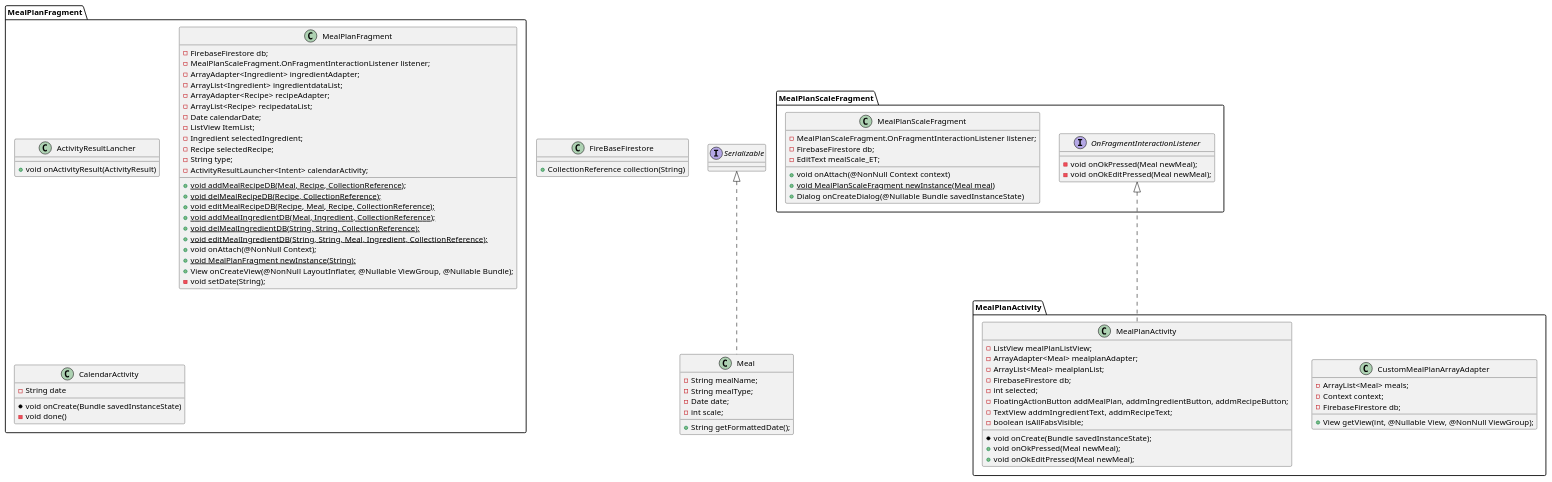
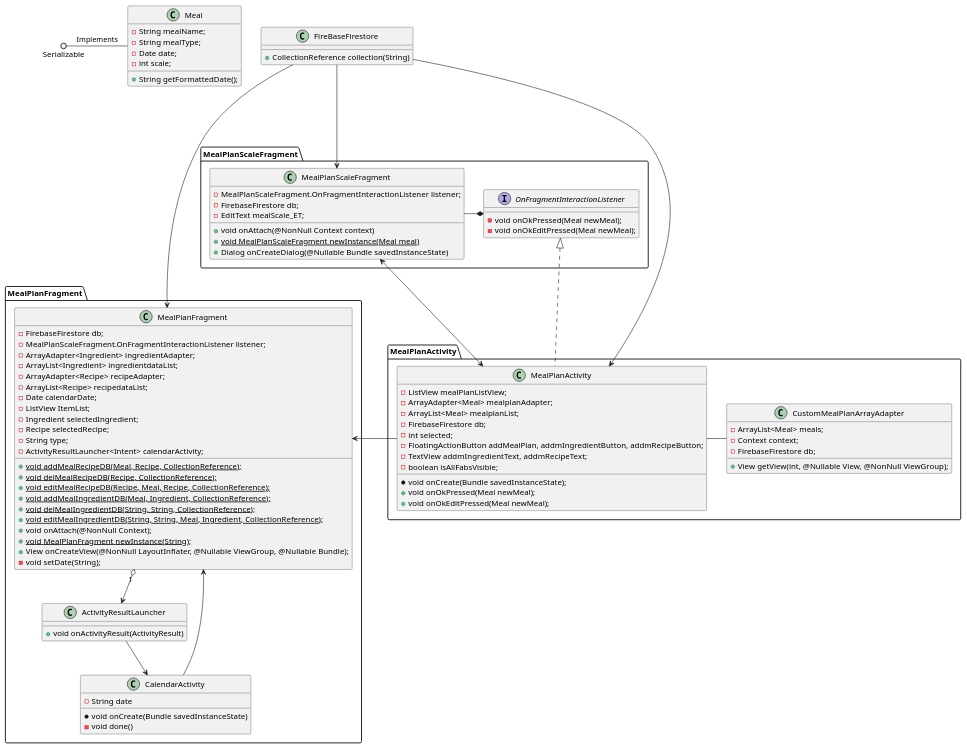
Before and after one commit to CMPUT301F22T31/FoodCart: the diagram in doc/source/MealPlanUML.puml, drawn with PlantUML.

Commit message:
Mealplan UML relations done

```diff
--- a/doc/source/MealPlanUML.puml
+++ b/doc/source/MealPlanUML.puml
@@ -1,101 +1,112 @@
 @startuml
 'https://plantuml.com/class-diagram
 
 class FireBaseFirestore
 {
     +CollectionReference collection(String)
 }
 
-class MealPlanFragment.ActivityResultLancher
+class MealPlanFragment.ActivityResultLauncher
 {
     +void onActivityResult(ActivityResult)
 }
 
 class MealPlanActivity.CustomMealPlanArrayAdapter
 {
     -ArrayList<Meal> meals;
     -Context context;
     -FirebaseFirestore db;
     +View getView(int, @Nullable View, @NonNull ViewGroup);
 }
 
-class Meal implements Serializable
+class Meal
 {
     -String mealName;
     -String mealType;
     -Date date;
     -int scale;
     +String getFormattedDate();
 }
 
 class MealPlanActivity.MealPlanActivity implements MealPlanScaleFragment.OnFragmentInteractionListener
 {
     -ListView mealPlanListView;
     -ArrayAdapter<Meal> mealplanAdapter;
     -ArrayList<Meal> mealplanList;
     -FirebaseFirestore db;
     -int selected;
     -FloatingActionButton addMealPlan, addmIngredientButton, addmRecipeButton;
     -TextView addmIngredientText, addmRecipeText;
     -boolean isAllFabsVisible;
 
     *void onCreate(Bundle savedInstanceState);
     +void onOkPressed(Meal newMeal);
     +void onOkEditPressed(Meal newMeal);
 }
 
 class MealPlanFragment.MealPlanFragment
 {
     -FirebaseFirestore db;
     -MealPlanScaleFragment.OnFragmentInteractionListener listener;
     -ArrayAdapter<Ingredient> ingredientAdapter;
     -ArrayList<Ingredient> ingredientdataList;
     -ArrayAdapter<Recipe> recipeAdapter;
     -ArrayList<Recipe> recipedataList;
     -Date calendarDate;
     -ListView ItemList;
     -Ingredient selectedIngredient;
     -Recipe selectedRecipe;
     -String type;
     -ActivityResultLauncher<Intent> calendarActivity;
 
     +void {static} addMealRecipeDB(Meal, Recipe, CollectionReference);
     +void {static} delMealRecipeDB(Recipe, CollectionReference);
     +void {static} editMealRecipeDB(Recipe, Meal, Recipe, CollectionReference);
     +void {static} addMealIngredientDB(Meal, Ingredient, CollectionReference);
     +void {static} delMealIngredientDB(String, String, CollectionReference);
     +void {static} editMealIngredientDB(String, String, Meal, Ingredient, CollectionReference);
     +void onAttach(@NonNull Context);
     +void {static} MealPlanFragment newInstance(String);
     +View onCreateView(@NonNull LayoutInflater, @Nullable ViewGroup, @Nullable Bundle);
     -void setDate(String);
 }
 
 class MealPlanScaleFragment.MealPlanScaleFragment
 {
     -MealPlanScaleFragment.OnFragmentInteractionListener listener;
     -FirebaseFirestore db;
     -EditText mealScale_ET;
     +void onAttach(@NonNull Context context)
     +void {static} MealPlanScaleFragment newInstance(Meal meal)
     +Dialog onCreateDialog(@Nullable Bundle savedInstanceState)
 }
 
 interface MealPlanScaleFragment.OnFragmentInteractionListener
 {
     -void onOkPressed(Meal newMeal);
     -void onOkEditPressed(Meal newMeal);
 }
 
 class MealPlanFragment.CalendarActivity
 {
     - String date
     * void onCreate(Bundle savedInstanceState)
     - void done()
 }
 
+Serializable ()- Meal : Implements
 
+MealPlanFragment.MealPlanFragment "1" o--> MealPlanFragment.ActivityResultLauncher
+MealPlanFragment.ActivityResultLauncher --> MealPlanFragment.CalendarActivity
+MealPlanFragment.MealPlanFragment <-- MealPlanFragment.CalendarActivity
 
+MealPlanActivity.MealPlanActivity -> MealPlanFragment.MealPlanFragment
+MealPlanActivity.MealPlanActivity - MealPlanActivity.CustomMealPlanArrayAdapter
+MealPlanScaleFragment.MealPlanScaleFragment <-> MealPlanActivity.MealPlanActivity
+MealPlanScaleFragment.MealPlanScaleFragment -* MealPlanScaleFragment.OnFragmentInteractionListener
 
+FireBaseFirestore -> MealPlanFragment.MealPlanFragment
+FireBaseFirestore -> MealPlanActivity.MealPlanActivity
+FireBaseFirestore ---> MealPlanScaleFragment.MealPlanScaleFragment
 
 @enduml
```
